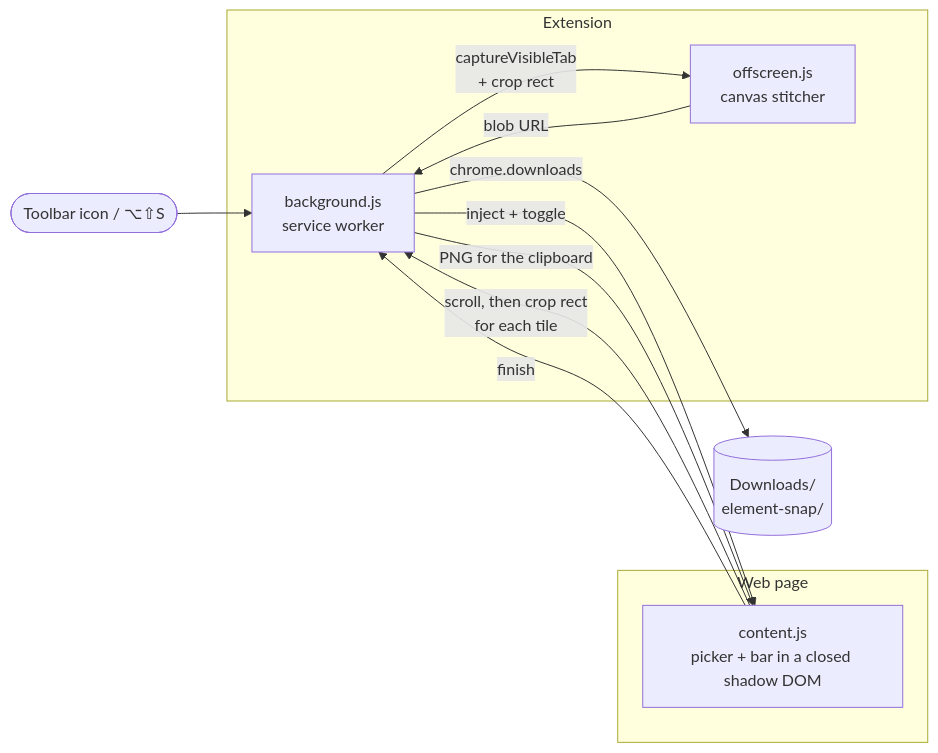
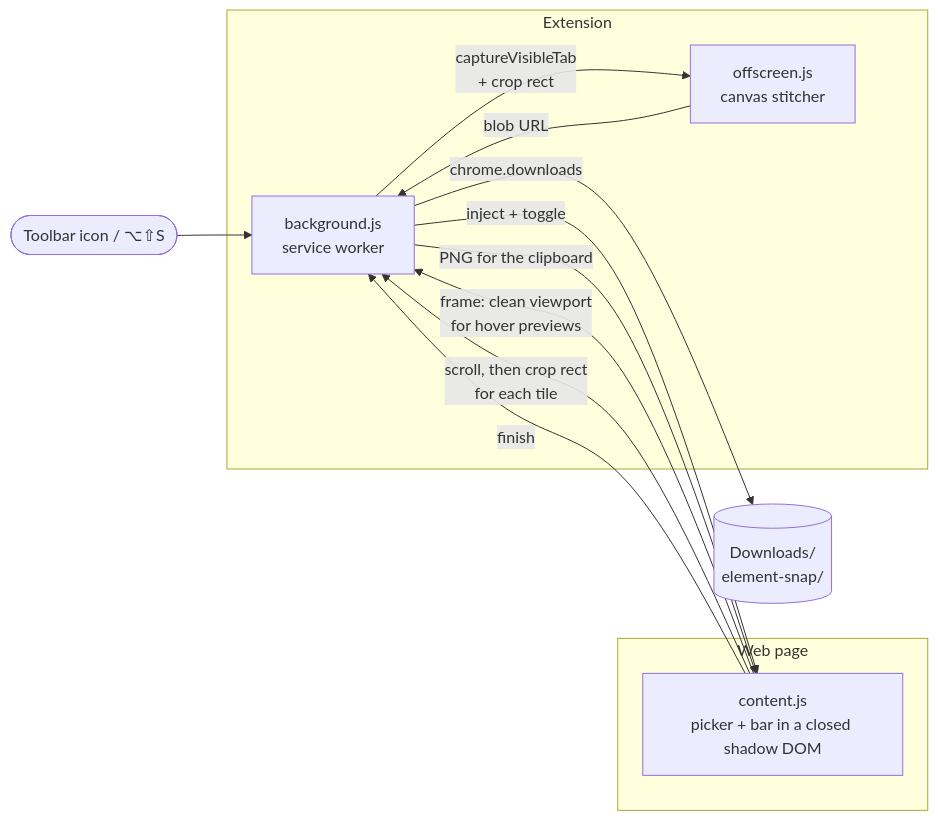
One commit to preacherxp/element-snap changed the diagram in README.md. Above: the diagram before and after it, drawn with Mermaid. The commit also changed other lines of this file and 3 other files, not shown here.

````diff
--- a/README.md
+++ b/README.md
@@ -51,24 +53,25 @@
 ```mermaid
 flowchart LR
     Icon(["Toolbar icon / ⌥⇧S"])
 
     subgraph Tab["Web page"]
         CS["content.js<br/>picker + bar in a closed shadow DOM"]
     end
 
     subgraph Ext["Extension"]
         BG["background.js<br/>service worker"]
         OFF["offscreen.js<br/>canvas stitcher"]
     end
 
     DL[("Downloads/<br/>element-snap/")]
 
     Icon --> BG
     BG -- "inject + toggle" --> CS
+    CS -- "frame: clean viewport<br/>for hover previews" --> BG
     CS -- "scroll, then crop rect<br/>for each tile" --> BG
     BG -- "captureVisibleTab<br/>+ crop rect" --> OFF
     CS -- "finish" --> BG
     OFF -- "blob URL" --> BG
     BG -- "chrome.downloads" --> DL
     BG -- "PNG for the clipboard" --> CS
 ```
````
